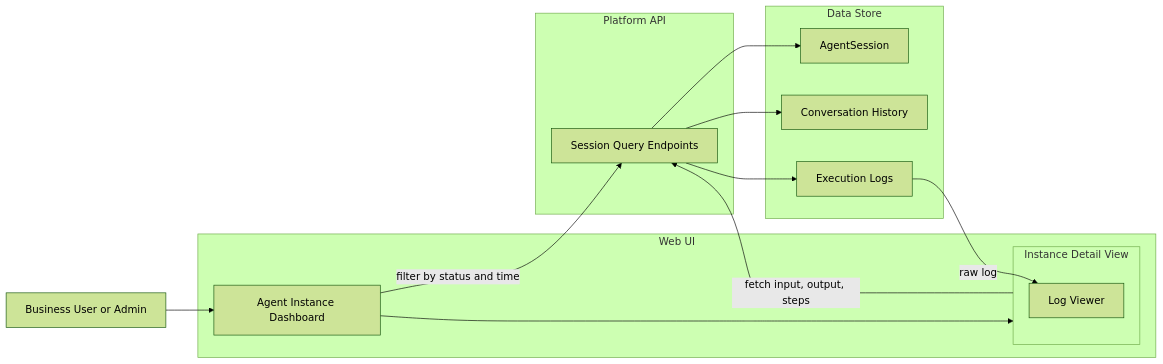
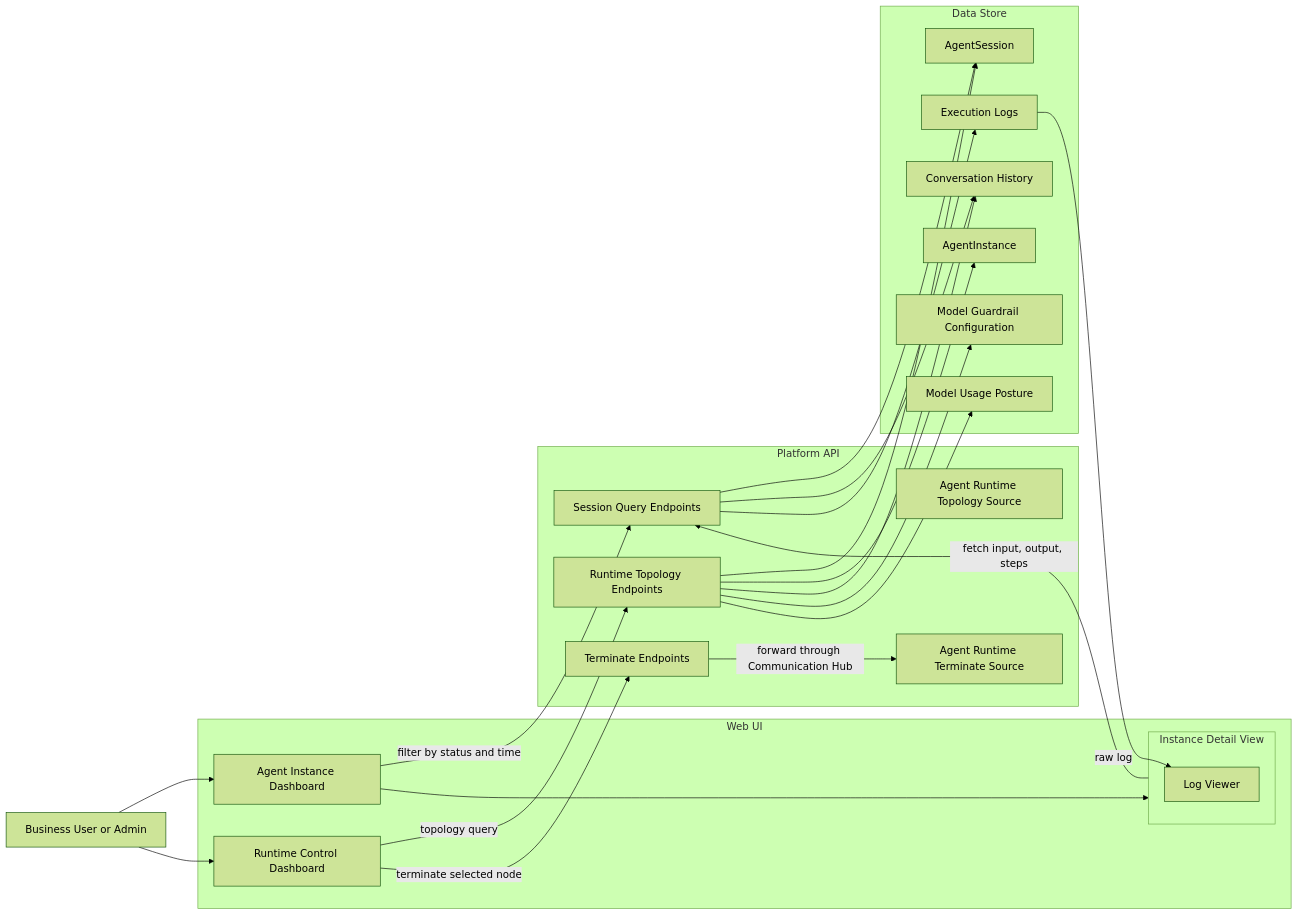
One commit to hurungang/parthenon changed the first of 2 diagrams in docs/master/architecture/modules/agent-instance-dashboard.md. Above: the diagram before and after it, drawn with Mermaid (forest theme). The commit also changed other lines of this file and 33 other files, not shown here.

````diff
--- a/docs/master/architecture/modules/agent-instance-dashboard.md
+++ b/docs/master/architecture/modules/agent-instance-dashboard.md
@@ -9,30 +11,48 @@
 ```mermaid
 flowchart LR
     User[Business User or Admin]
 
     subgraph WebUI[Web UI]
         AID[Agent Instance Dashboard]
+        RCD[Runtime Control Dashboard]
         subgraph Detail[Instance Detail View]
             LogViewer[Log Viewer]
         end
     end
 
     subgraph API[Platform API]
         SQ[Session Query Endpoints]
+        RT[Runtime Topology Endpoints]
+        TR[Terminate Endpoints]
+        AR_RT[Agent Runtime Topology Source]
+        AR_TR[Agent Runtime Terminate Source]
     end
 
     subgraph Data[Data Store]
         AS[AgentSession]
         Conv[Conversation History]
         EL[Execution Logs]
+        MG[Model Guardrail Configuration]
+        MU[Model Usage Posture]
+        AI[AgentInstance]
     end
 
     User --> AID
+    User --> RCD
     AID -->|filter by status and time| SQ
     AID --> Detail
     Detail -->|fetch input, output, steps| SQ
     SQ --> AS
     SQ --> Conv
     SQ --> EL
     EL -->|raw log| LogViewer
+
+    RCD -->|topology query| RT
+    RCD -->|terminate selected node| TR
+    RT --> AS
+    RT --> AI
+    RT --> Conv
+    RT --> MG
+    RT --> MU
+    TR -->|forward through Communication Hub| AR_TR
 ```
````
